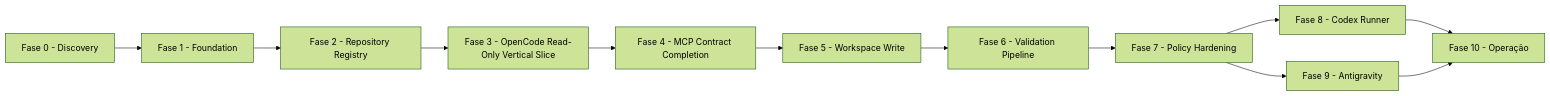
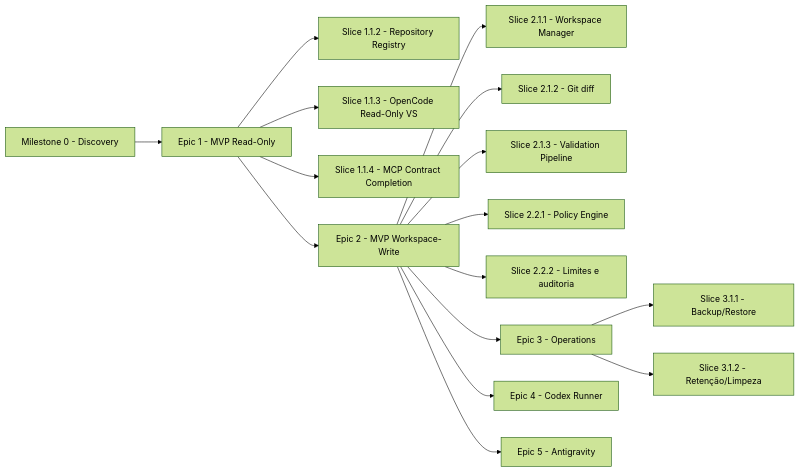
One commit to vitorvaf/odysseus-coding-agent-bridge changed the diagram in docs/planning/dependency-map.md. Above: the diagram before and after it, drawn with Mermaid (forest theme). The commit also changed other lines of this file and 30 other files, not shown here.

````diff
--- a/docs/planning/dependency-map.md
+++ b/docs/planning/dependency-map.md
@@ -9,14 +9,18 @@
 ```mermaid
 flowchart LR
-    D0[Fase 0 - Discovery] --> P1[Fase 1 - Foundation]
-    P1 --> P2[Fase 2 - Repository Registry]
-    P2 --> P3[Fase 3 - OpenCode Read-Only Vertical Slice]
-    P3 --> P4[Fase 4 - MCP Contract Completion]
-    P4 --> P5[Fase 5 - Workspace Write]
-    P5 --> P6[Fase 6 - Validation Pipeline]
-    P6 --> P7[Fase 7 - Policy Hardening]
-    P7 --> P8[Fase 8 - Codex Runner]
-    P7 --> P9[Fase 9 - Antigravity]
-    P8 --> P10[Fase 10 - Operação]
-    P9 --> P10
+    M0[Milestone 0 - Discovery] --> E1[Epic 1 - MVP Read-Only]
+    E1 --> E1S112[Slice 1.1.2 - Repository Registry]
+    E1 --> E1S113[Slice 1.1.3 - OpenCode Read-Only VS]
+    E1 --> E1S114[Slice 1.1.4 - MCP Contract Completion]
+    E1 --> E2[Epic 2 - MVP Workspace-Write]
+    E2 --> E2S211[Slice 2.1.1 - Workspace Manager]
+    E2 --> E2S212[Slice 2.1.2 - Git diff]
+    E2 --> E2S213[Slice 2.1.3 - Validation Pipeline]
+    E2 --> E2S221[Slice 2.2.1 - Policy Engine]
+    E2 --> E2S222[Slice 2.2.2 - Limites e auditoria]
+    E2 --> E3[Epic 3 - Operations]
+    E3 --> E3S311[Slice 3.1.1 - Backup/Restore]
+    E3 --> E3S312[Slice 3.1.2 - Retenção/Limpeza]
+    E2 --> E4[Epic 4 - Codex Runner]
+    E2 --> E5[Epic 5 - Antigravity]
 ```
````
